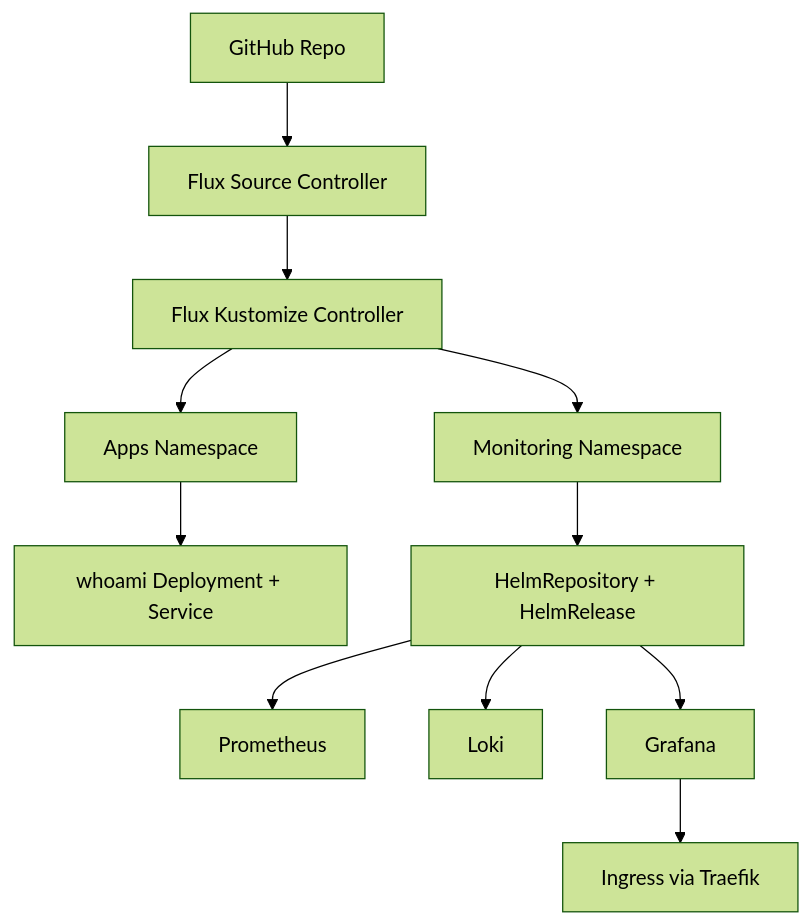
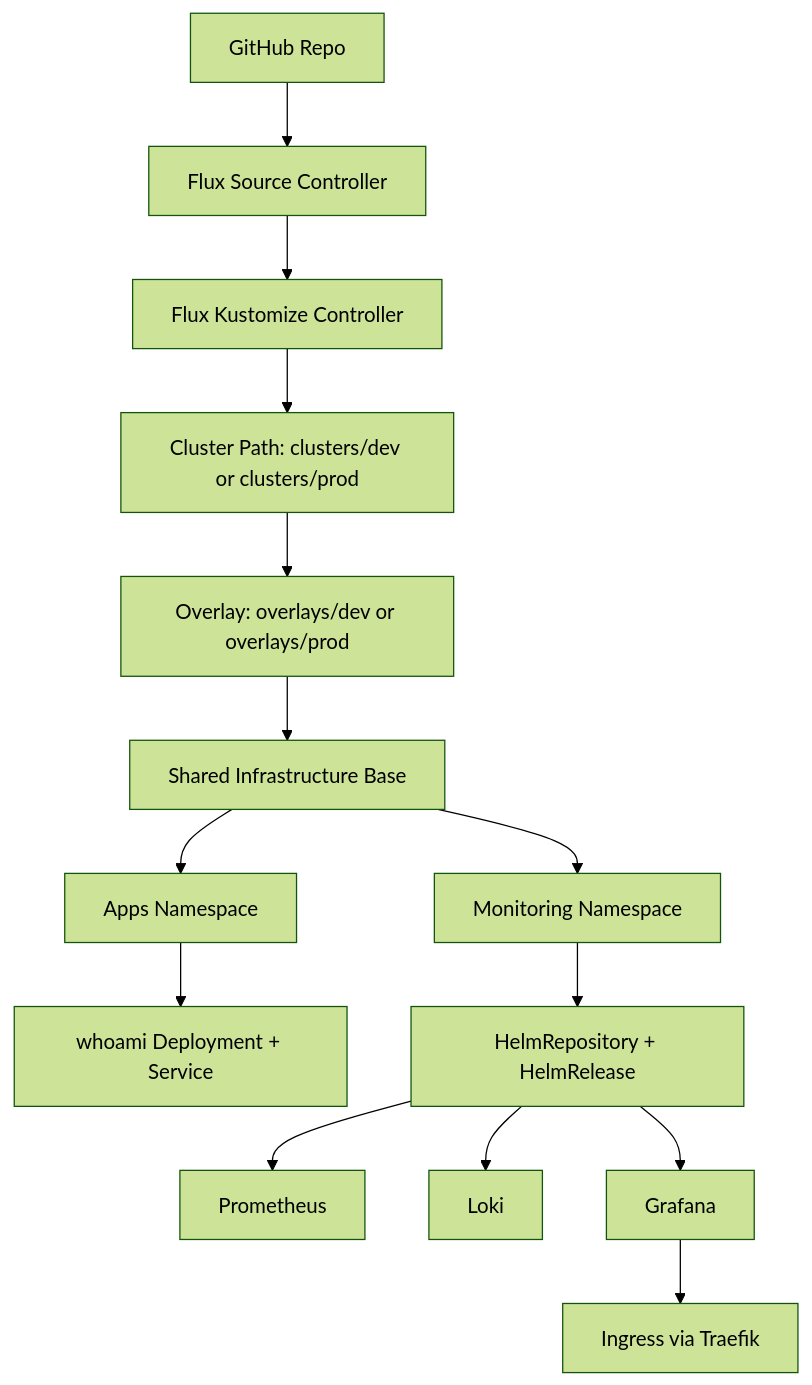
Before and after one commit to jamesoost/fluxcd-demo: the diagram in README.md, drawn with Mermaid (forest theme). The commit also changed other lines of this file and 28 other files, not shown here.

````diff
--- a/README.md
+++ b/README.md
@@ -10,13 +10,16 @@
 ```mermaid
 flowchart TD
     A[GitHub Repo] --> B[Flux Source Controller]
     B --> C[Flux Kustomize Controller]
-    C --> D[Apps Namespace]
-    C --> E[Monitoring Namespace]
-    D --> F[whoami Deployment + Service]
-    E --> G[HelmRepository + HelmRelease]
-    G --> H[Prometheus]
-    G --> I[Loki]
-    G --> J[Grafana]
-    J --> K[Ingress via Traefik]
+    C --> D[Cluster Path: clusters/dev or clusters/prod]
+    D --> E[Overlay: overlays/dev or overlays/prod]
+    E --> F[Shared Infrastructure Base]
+    F --> G[Apps Namespace]
+    F --> H[Monitoring Namespace]
+    G --> I[whoami Deployment + Service]
+    H --> J[HelmRepository + HelmRelease]
+    J --> K[Prometheus]
+    J --> L[Loki]
+    J --> M[Grafana]
+    M --> N[Ingress via Traefik]
 ```
````
